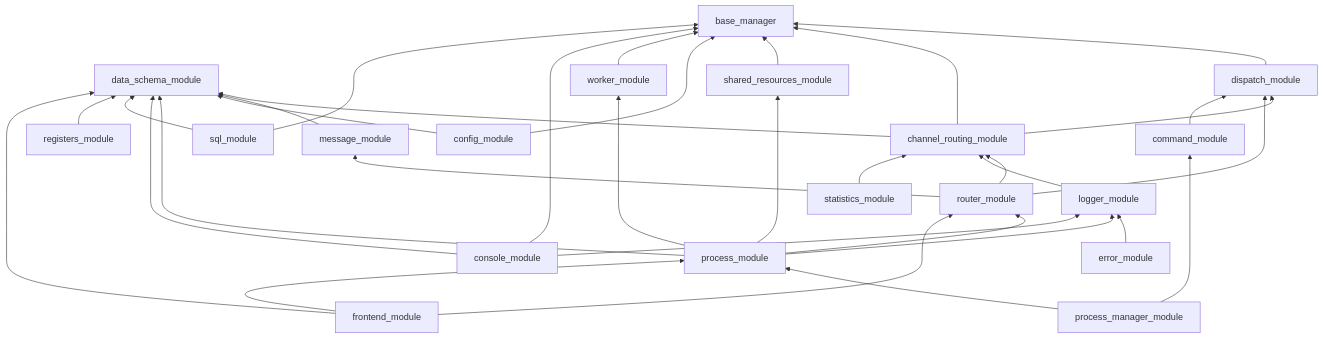
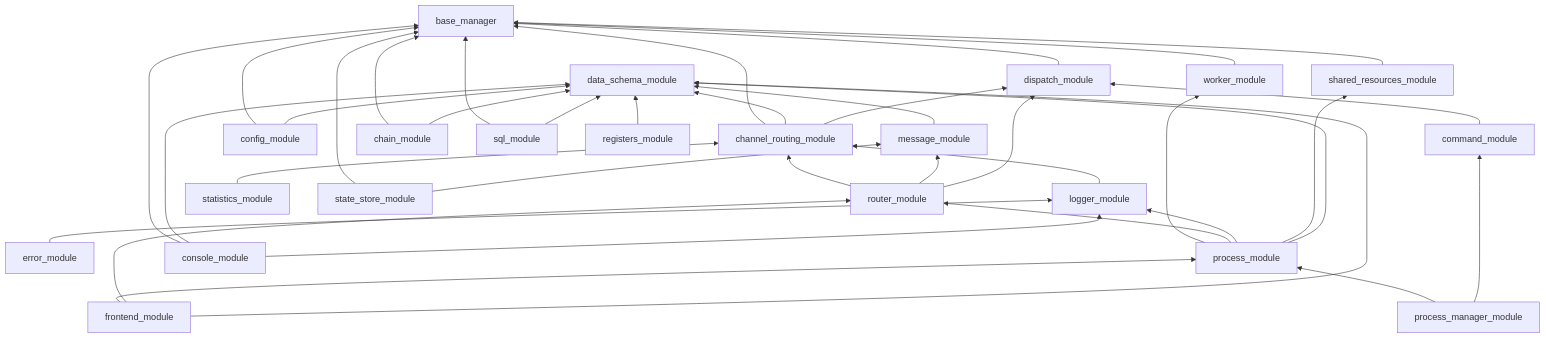
The diagram in multiprocess_framework/SPEC.md (TWOKRAI/Inspector_bottles), drawn with Mermaid before and after one commit. The commit also changed other lines of this file and 18 other files, not shown here.

````diff
--- a/multiprocess_framework/SPEC.md
+++ b/multiprocess_framework/SPEC.md
@@ -81,55 +81,61 @@
 ```mermaid
 graph BT
     base[base_manager]
     schema[data_schema_module]
     dispatch[dispatch_module]
     crm[channel_routing_module]
     message[message_module]
     router[router_module]
     logger[logger_module]
     error[error_module]
     stats[statistics_module]
     srm[shared_resources_module]
     config[config_module]
+    state_store[state_store_module]
     command[command_module]
     worker[worker_module]
+    chain[chain_module]
     process[process_module]
     pmgr[process_manager_module]
     console[console_module]
     sql[sql_module]
     registers[registers_module]
     frontend[frontend_module]
 
     dispatch --> base
     crm --> base
     crm --> schema
     crm --> dispatch
     message --> schema
     router --> crm
     router --> message
     router --> dispatch
     logger --> crm
     error --> logger
     stats --> crm
     srm --> base
     config --> base
     config --> schema
+    state_store --> base
+    state_store --> message
     command --> dispatch
     worker --> base
+    chain --> base
+    chain --> schema
     process --> worker
     process --> router
     process --> logger
     process --> srm
     process --> schema
     pmgr --> process
     pmgr --> command
     console --> base
     console --> schema
     console --> logger
     sql --> base
     sql --> schema
     registers --> schema
     frontend --> process
     frontend --> router
     frontend --> schema
 ```
````
